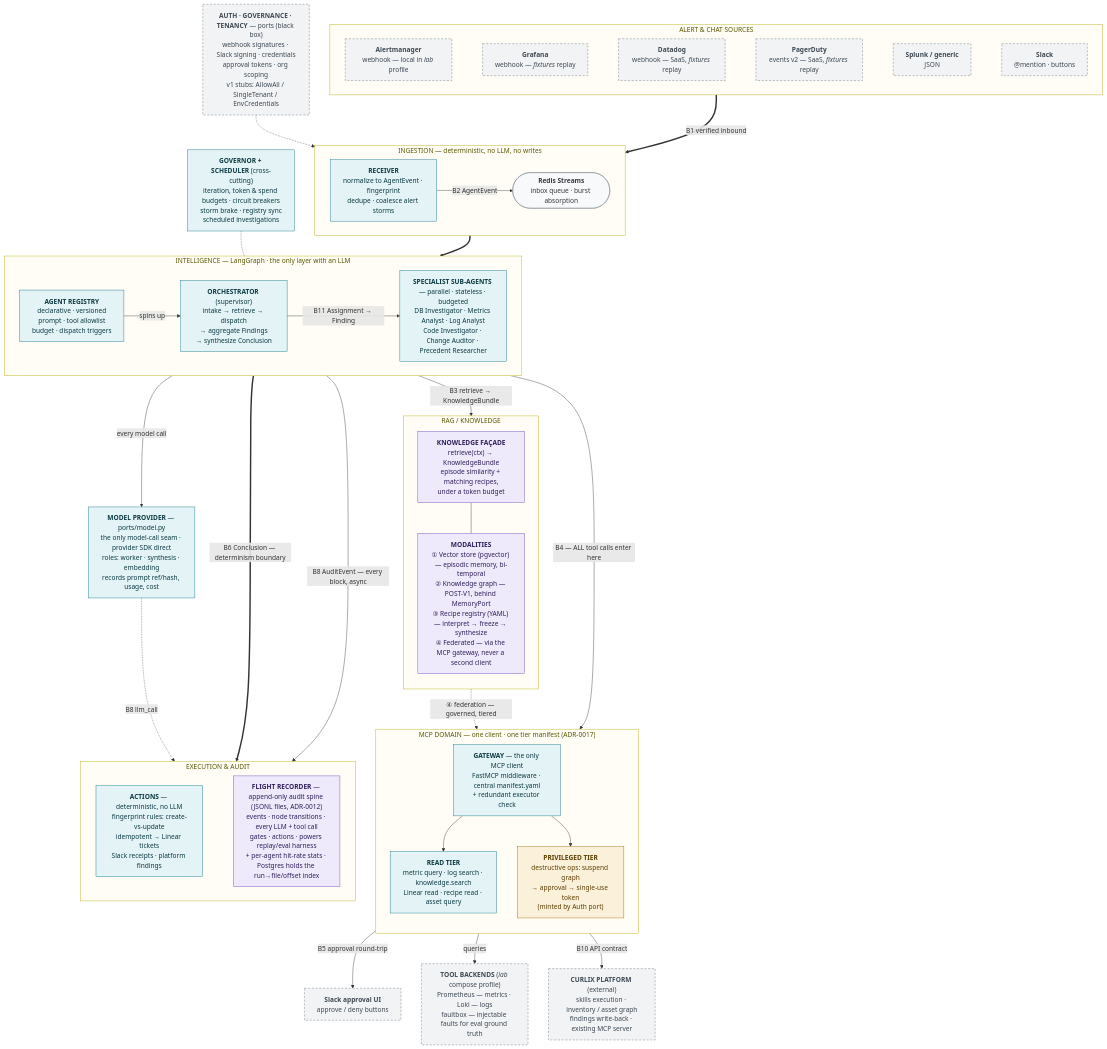
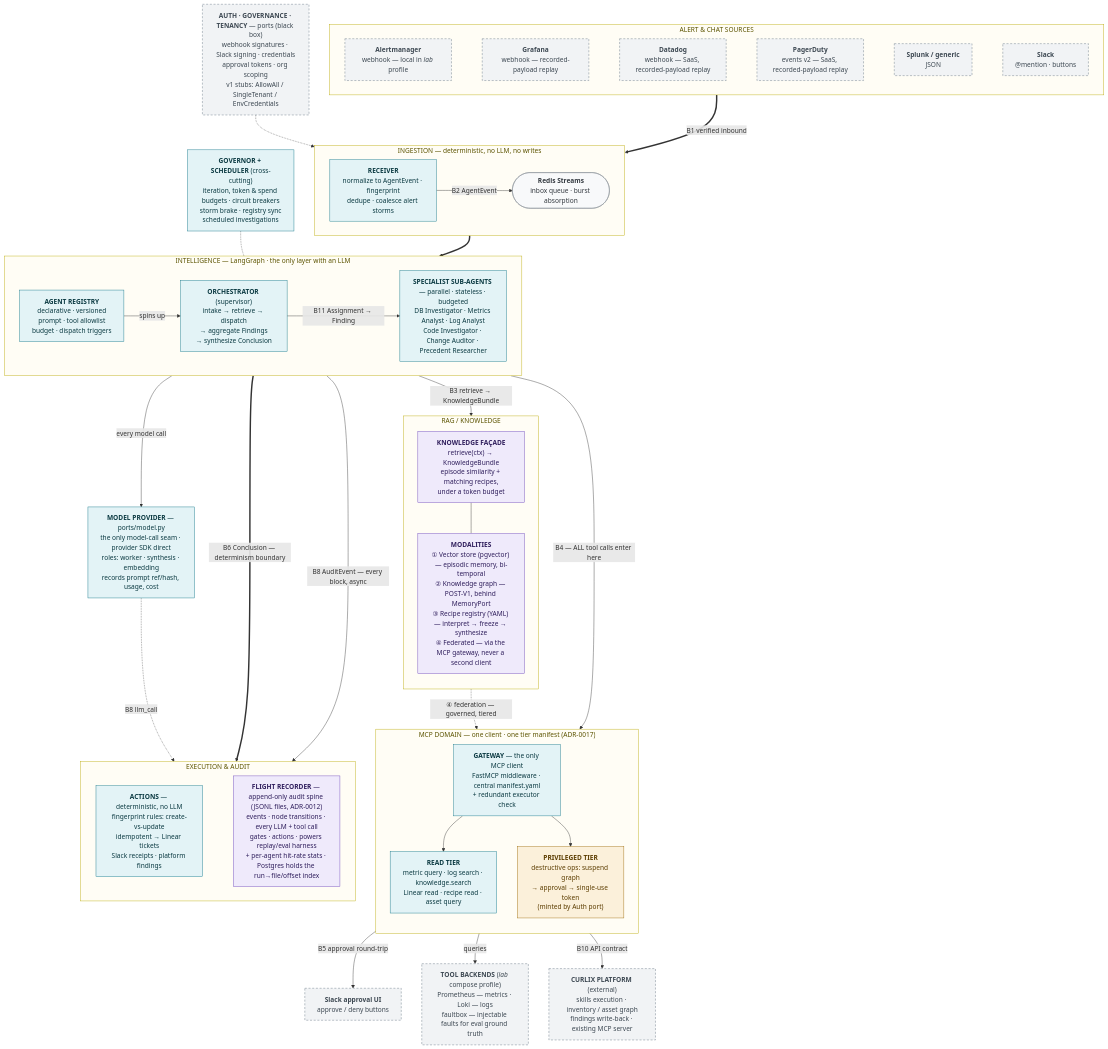
One commit to neerazz/smokejumper changed the diagram in architecture/smokejumper-architecture.mmd. Above: the diagram before and after it, drawn with Mermaid. The commit also changed 4 other files, not shown here.

```diff
--- a/architecture/smokejumper-architecture.mmd
+++ b/architecture/smokejumper-architecture.mmd
@@ -1,120 +1,120 @@
 %% Smokejumper — High-Level Architecture (v1, updated 2026-07-26)
 %% Viewpoint: layered container view of the agentic SRE messaging bot core.
 %% Audience: contributors (platform seam = B10). One question answered:
 %%   "What are the blocks, the boundary contracts between them, and which parts
 %%    are core (build) vs black-box ports (stubbed, platform provides later)?"
 %% Editing: this .mmd is the source of truth; re-render the SVG with:
 %%   npx -y @mermaid-js/mermaid-cli -i smokejumper-architecture.mmd -o smokejumper-architecture.svg
 %% Styling: teal = core (you build) · dashed grey = black-box port / external ·
 %%          amber = approval-gated · violet = knowledge / audit spine.
 %% Topology (SPEC decision 17): three deployed services — postgres+pgvector, redis, app.
 %%   There is no proxy tier: our MCP servers run inside the app process and the model
 %%   port calls the provider SDK directly. Post-v1, and therefore absent here: the
 %%   knowledge-graph tables with ≤2-hop expansion, and the Distiller.
 %% Governance invariant (ADR-0017): EVERY tool call — sub-agent or knowledge federation —
 %%   enters through GW. There is deliberately no edge that reaches CURLIX or a backend
 %%   without crossing the gateway first.
 %% B8 (AuditEvent): EVERY core block appends to the Flight Recorder async;
 %%   drawn once from the Intelligence layer to keep the layout readable.
 
 flowchart TB
 
   %% ═══ LAYER 1 · SOURCES ══════════════════════════════════════
   subgraph L1["  ALERT & CHAT SOURCES  "]
     direction LR
     AM["<b>Alertmanager</b><br/>webhook — local in <i>lab</i> profile"]
-    GRAF["<b>Grafana</b><br/>webhook — <i>fixtures</i> replay"]
-    DD["<b>Datadog</b><br/>webhook — SaaS, <i>fixtures</i> replay"]
-    PD["<b>PagerDuty</b><br/>events v2 — SaaS, <i>fixtures</i> replay"]
+    GRAF["<b>Grafana</b><br/>webhook — recorded-payload replay"]
+    DD["<b>Datadog</b><br/>webhook — SaaS, recorded-payload replay"]
+    PD["<b>PagerDuty</b><br/>events v2 — SaaS, recorded-payload replay"]
     GEN["<b>Splunk / generic</b><br/>JSON"]
     SLACKIN["<b>Slack</b><br/>@mention · buttons"]
     AM ~~~ GRAF ~~~ DD ~~~ PD ~~~ GEN ~~~ SLACKIN
   end
 
   %% ═══ LAYER 2 · INGESTION ════════════════════════════════════
   subgraph L2["  INGESTION — deterministic, no LLM, no writes  "]
     direction LR
     RECV["<b>RECEIVER</b><br/>normalize to AgentEvent · fingerprint<br/>dedupe · coalesce alert storms"]
     QUEUE(["<b>Redis Streams</b><br/>inbox queue · burst absorption"])
     RECV -- "B2 AgentEvent" --> QUEUE
   end
 
   PORTS["<b>AUTH · GOVERNANCE · TENANCY</b> — ports (black box)<br/>webhook signatures · Slack signing · credentials<br/>approval tokens · org scoping<br/>v1 stubs: AllowAll / SingleTenant / EnvCredentials"]
 
   %% ═══ LAYER 3 · INTELLIGENCE ═════════════════════════════════
   subgraph L3["  INTELLIGENCE — LangGraph · the only layer with an LLM  "]
     direction LR
     REG["<b>AGENT REGISTRY</b><br/>declarative · versioned<br/>prompt · tool allowlist<br/>budget · dispatch triggers"]
     ORCH["<b>ORCHESTRATOR</b> (supervisor)<br/>intake → retrieve → dispatch<br/>→ aggregate Findings<br/>→ synthesize Conclusion"]
     AGENTS["<b>SPECIALIST SUB-AGENTS</b> — parallel · stateless · budgeted<br/>DB Investigator · Metrics Analyst · Log Analyst<br/>Code Investigator · Change Auditor · Precedent Researcher"]
     REG -- "spins up" --> ORCH
     ORCH -- "B11 Assignment → Finding" --> AGENTS
   end
 
   GOVSCHED["<b>GOVERNOR + SCHEDULER</b> (cross-cutting)<br/>iteration, token &amp; spend budgets · circuit breakers<br/>storm brake · registry sync<br/>scheduled investigations"]
 
   MODELS["<b>MODEL PROVIDER</b> — ports/model.py<br/>the only model-call seam · provider SDK direct<br/>roles: worker · synthesis · embedding<br/>records prompt ref/hash, usage, cost"]
 
   %% ═══ LAYER 4 · KNOWLEDGE & TOOLS ════════════════════════════
   subgraph L4K["  RAG / KNOWLEDGE  "]
     direction TB
     FACADE["<b>KNOWLEDGE FAÇADE</b><br/>retrieve(ctx) → KnowledgeBundle<br/>episode similarity + matching recipes,<br/>under a token budget"]
     MODS["<b>MODALITIES</b><br/>① Vector store (pgvector) — episodic memory, bi-temporal<br/>② Knowledge graph — POST-V1, behind MemoryPort<br/>③ Recipe registry (YAML) — interpret → freeze → synthesize<br/>④ Federated — via the MCP gateway, never a second client"]
     FACADE --- MODS
   end
 
   subgraph L4H["  MCP DOMAIN — one client · one tier manifest (ADR-0017)  "]
     direction TB
     GW["<b>GATEWAY</b> — the only MCP client<br/>FastMCP middleware · central manifest.yaml<br/>+ redundant executor check"]
     READT["<b>READ TIER</b><br/>metric query · log search · knowledge.search<br/>Linear read · recipe read · asset query"]
     PRIVT["<b>PRIVILEGED TIER</b><br/>destructive ops: suspend graph<br/>→ approval → single-use token<br/>(minted by Auth port)"]
     GW --> READT
     GW --> PRIVT
   end
 
   BACKENDS["<b>TOOL BACKENDS</b> (<i>lab</i> compose profile)<br/>Prometheus — metrics · Loki — logs<br/>faultbox — injectable faults for eval ground truth"]
 
   APPROVE["<b>Slack approval UI</b><br/>approve / deny buttons"]
 
   %% ═══ LAYER 5 · EXECUTION & AUDIT ════════════════════════════
   subgraph L5["  EXECUTION & AUDIT  "]
     direction LR
     ACT["<b>ACTIONS</b> — deterministic, no LLM<br/>fingerprint rules: create-vs-update<br/>idempotent → Linear tickets<br/>Slack receipts · platform findings"]
     FR["<b>FLIGHT RECORDER</b> — append-only audit spine (JSONL files, ADR-0012)<br/>events · node transitions · every LLM + tool call<br/>gates · actions · powers replay/eval harness<br/>+ per-agent hit-rate stats · Postgres holds the run→file/offset index"]
     ACT ~~~ FR
   end
 
   CURLIX["<b>CURLIX PLATFORM</b> (external)<br/>skills execution · inventory / asset graph<br/>findings write-back · existing MCP server"]
 
   %% ═══ Primary path (bold) ════════════════════════════════════
   L1 == "B1 verified inbound" ==> RECV
   QUEUE ==> ORCH
   ORCH == "B6 Conclusion — determinism boundary" ==> ACT
 
   %% ═══ Secondary paths ══════════════════════════════════════
   PORTS -.-> RECV
   ORCH -- "B3 retrieve → KnowledgeBundle" --> FACADE
   AGENTS -- "B4 — ALL tool calls enter here" --> GW
   L3 -- "every model call" --> MODELS
   PRIVT -- "B5 approval round-trip" --> APPROVE
   READT -- "queries" --> BACKENDS
   READT -- "B10 API contract" --> CURLIX
   MODS -. "④ federation — governed, tiered" .-> GW
   L3 -- "B8 AuditEvent — every block, async" --> FR
   MODELS -. "B8 llm_call" .-> FR
   GOVSCHED -.- L3
 
   %% ═══ Styling ════════════════════════════════════════════════
   classDef core fill:#e3f3f6,stroke:#0b7285,color:#0b3a42;
   classDef port fill:#f1f3f5,stroke:#5b6b7a,stroke-dasharray:5 4,color:#3d4852;
   classDef gate fill:#fbf0da,stroke:#9a6700,color:#5c3d00;
   classDef learn fill:#efeafb,stroke:#6741b8,color:#2f1e5c;
   classDef queue fill:#f8f9fa,stroke:#868e96,color:#343a40;
   classDef layer fill:#fffdf5,stroke:#b8a800,color:#5c5400;
 
   class RECV,ORCH,REG,AGENTS,GW,READT,ACT,GOVSCHED,MODELS core;
   class PORTS,CURLIX,AM,GRAF,DD,PD,GEN,SLACKIN,APPROVE,BACKENDS port;
   class PRIVT gate;
   class FACADE,MODS,FR learn;
   class QUEUE queue;
   class L1,L2,L3,L4K,L4H,L5 layer;
```
